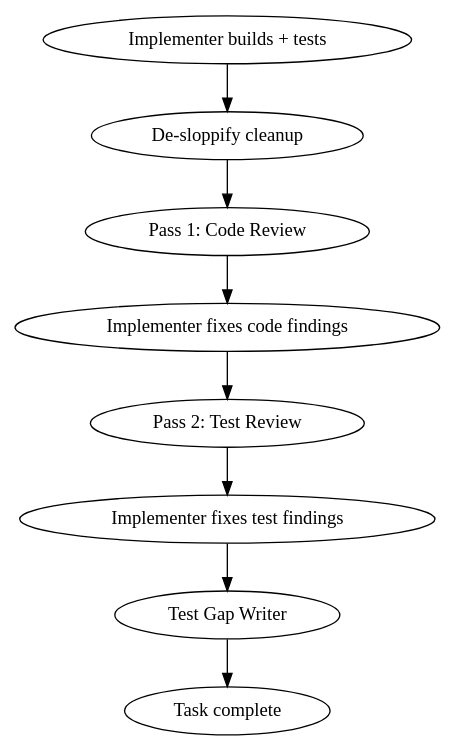
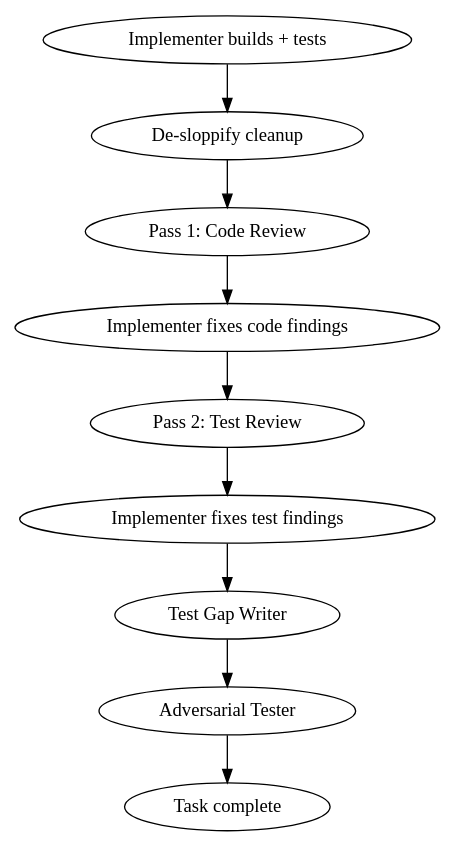
The diagram in skills/build/SKILL.md (coreyfloyd/crucible), drawn with Graphviz before and after one commit. The commit also changed other lines of this file, not shown here.

First line of the commit message:
feat: integrate adversarial tester into build pipeline Phase 3

````diff
--- a/skills/build/SKILL.md
+++ b/skills/build/SKILL.md
@@ -195,11 +195,12 @@
 ```dot
 digraph review {
   "Implementer builds + tests" -> "De-sloppify cleanup";
   "De-sloppify cleanup" -> "Pass 1: Code Review";
   "Pass 1: Code Review" -> "Implementer fixes code findings";
   "Implementer fixes code findings" -> "Pass 2: Test Review";
   "Pass 2: Test Review" -> "Implementer fixes test findings";
   "Implementer fixes test findings" -> "Test Gap Writer";
-  "Test Gap Writer" -> "Task complete";
+  "Test Gap Writer" -> "Adversarial Tester";
+  "Adversarial Tester" -> "Task complete";
 }
 ```
````
